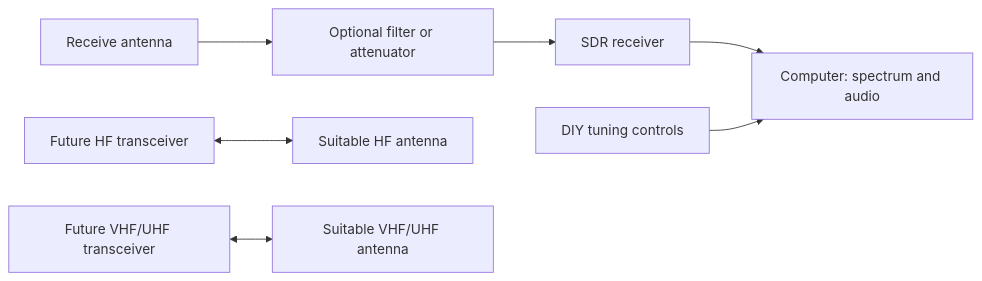
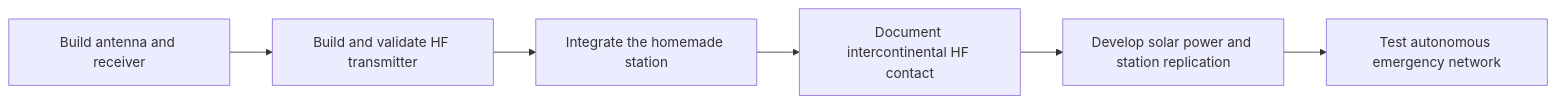
Before and after one commit to AG4MA/desktop-radio-lab: the diagram in README.md, drawn with Mermaid. The commit also changed other lines of this file and 5 other files, not shown here.

Commit message:
Unify homemade HF and autonomous stations into one progression

````diff
--- a/README.md
+++ b/README.md
@@ -21,9 +21,8 @@
 ```mermaid
 flowchart LR
-    A[Receive antenna] --> B[Optional filter or attenuator]
-    B --> C[SDR receiver]
-    C --> D[Computer: spectrum and audio]
-    E[DIY tuning controls] --> D
-    F[Future HF transceiver] <--> G[Suitable HF antenna]
-    H[Future VHF/UHF transceiver] <--> I[Suitable VHF/UHF antenna]
+    A[Build antenna and receiver] --> B[Build and validate HF transmitter]
+    B --> C[Integrate the homemade station]
+    C --> D[Document intercontinental HF contact]
+    D --> E[Develop solar power and station replication]
+    E --> F[Test autonomous emergency network]
 ```
````
